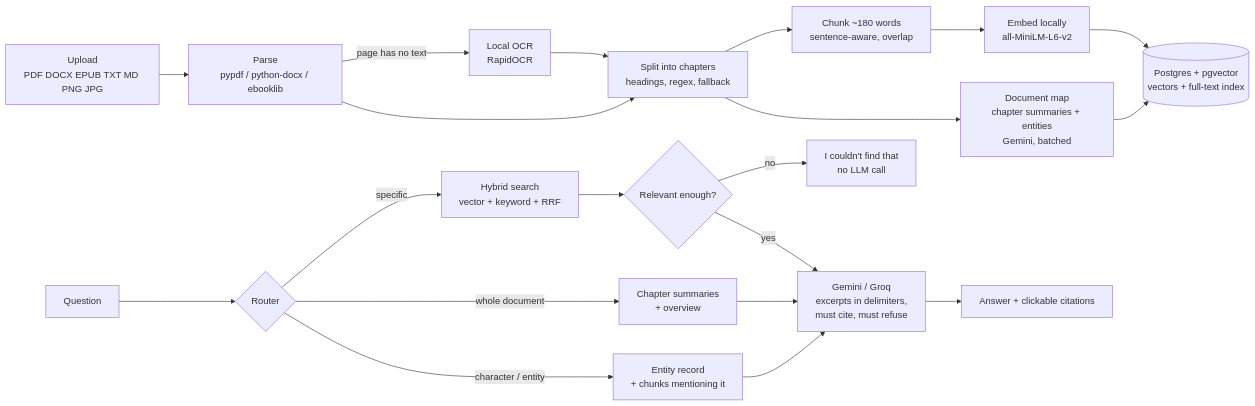
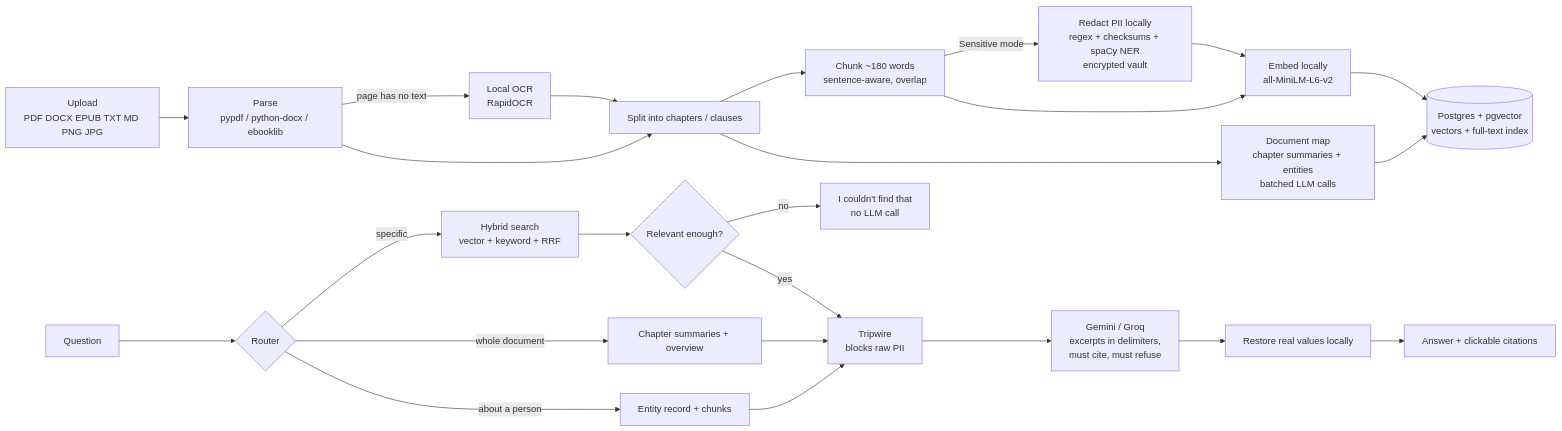
One commit to AM2004legend/AskMyDocs changed the diagram in README.md. Above: the diagram before and after it, drawn with Mermaid. The commit also changed other lines of this file and 1 other file, not shown here.

Commit message:
Docs: README with measured eval, free-tier limits, Sensitive mode and deploy notes

````diff
--- a/README.md
+++ b/README.md
@@ -12,23 +13,26 @@
 ```mermaid
 flowchart LR
     U[Upload<br/>PDF DOCX EPUB TXT MD PNG JPG] --> P[Parse<br/>pypdf / python-docx / ebooklib]
     P -->|page has no text| O[Local OCR<br/>RapidOCR]
     O --> S
-    P --> S[Split into chapters<br/>headings, regex, fallback]
+    P --> S[Split into chapters / clauses]
     S --> C[Chunk ~180 words<br/>sentence-aware, overlap]
+    C -->|Sensitive mode| R[Redact PII locally<br/>regex + checksums + spaCy NER<br/>encrypted vault]
+    R --> E
     C --> E[Embed locally<br/>all-MiniLM-L6-v2]
     E --> DB[(Postgres + pgvector<br/>vectors + full-text index)]
-    S --> M[Document map<br/>chapter summaries + entities<br/>Gemini, batched]
+    S --> M[Document map<br/>chapter summaries + entities<br/>batched LLM calls]
     M --> DB
 
-    Q[Question] --> R{Router}
-    R -->|specific| H[Hybrid search<br/>vector + keyword + RRF]
-    R -->|whole document| WS[Chapter summaries<br/>+ overview]
-    R -->|character / entity| EN[Entity record<br/>+ chunks mentioning it]
+    Q[Question] --> RT{Router}
+    RT -->|specific| H[Hybrid search<br/>vector + keyword + RRF]
+    RT -->|whole document| WS[Chapter summaries + overview]
+    RT -->|about a person| EN[Entity record + chunks]
     H --> T{Relevant enough?}
     T -->|no| NF["I couldn't find that"<br/>no LLM call]
-    T -->|yes| L[Gemini / Groq<br/>excerpts in delimiters,<br/>must cite, must refuse]
-    WS --> L
-    EN --> L
-    L --> A[Answer + clickable citations]
+    T -->|yes| TW
+    WS --> TW
+    EN --> TW
+    TW[Tripwire<br/>blocks raw PII] --> L[Gemini / Groq<br/>excerpts in delimiters,<br/>must cite, must refuse]
+    L --> RS[Restore real values locally] --> A[Answer + clickable citations]
 ```
````
